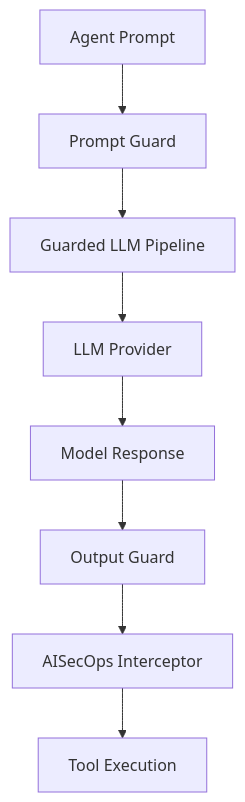
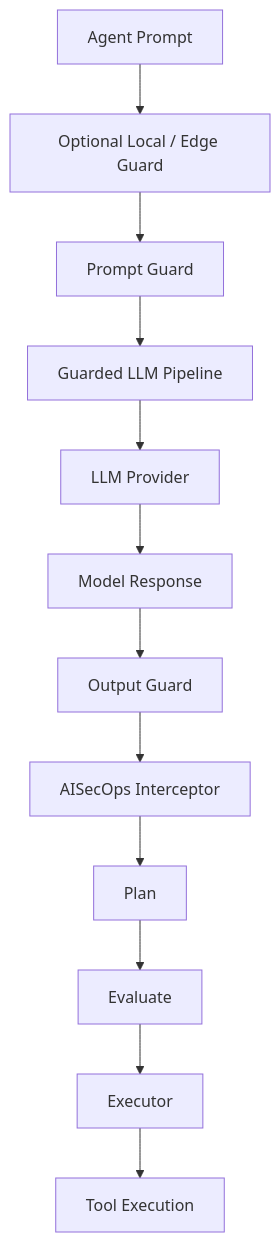
Before and after one commit to viplavfauzdar/aisecops-interceptor: the second of 6 diagrams in README.md, drawn with Mermaid. The commit also changed other lines of this file, not shown here.

Commit message:
Refresh README architecture docs

````diff
--- a/README.md
+++ b/README.md
@@ -381,19 +396,16 @@
 ```mermaid
 flowchart TD
 
 A[Agent Prompt]
-
-A --> B[Prompt Guard]
-
-B --> C[Guarded LLM Pipeline]
-
-C --> D[LLM Provider]
-
-D --> E[Model Response]
-
-E --> F[Output Guard]
-
-F --> G[AISecOps Interceptor]
-
-G --> H[Tool Execution]
+A --> B[Optional Local / Edge Guard]
+B --> C[Prompt Guard]
+C --> D[Guarded LLM Pipeline]
+D --> E[LLM Provider]
+E --> F[Model Response]
+F --> G[Output Guard]
+G --> H[AISecOps Interceptor]
+H --> I[Plan]
+I --> J[Evaluate]
+J --> K[Executor]
+K --> L[Tool Execution]
 ```
````
